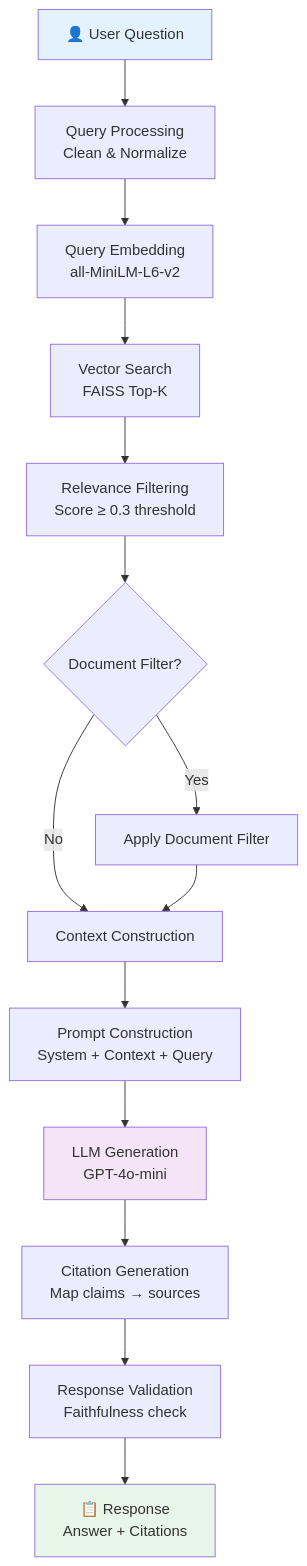
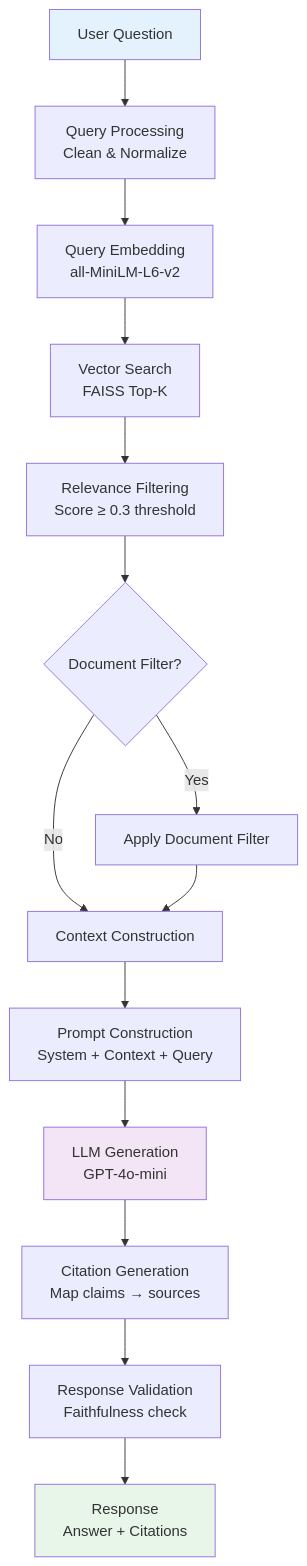
One commit to Samar-365/Financial-Document-Intelligence-RAG-Analytics-Platform changed the third of 7 diagrams in docs/SYSTEM_DESIGN.md. Above: the diagram before and after it, drawn with Mermaid. The commit also changed other lines of this file and 19 other files, not shown here.

````diff
--- a/docs/SYSTEM_DESIGN.md
+++ b/docs/SYSTEM_DESIGN.md
@@ -260,20 +260,20 @@
 ```mermaid
 flowchart TD
-    UQ[👤 User Question] --> QP[Query Processing<br/>Clean & Normalize]
+    UQ[ User Question] --> QP[Query Processing<br/>Clean & Normalize]
     QP --> QE[Query Embedding<br/>all-MiniLM-L6-v2]
     QE --> VS[Vector Search<br/>FAISS Top-K]
     VS --> RF[Relevance Filtering<br/>Score ≥ 0.3 threshold]
     RF --> DF{Document Filter?}
     DF -->|Yes| FIL[Apply Document Filter]
     DF -->|No| CC[Context Construction]
     FIL --> CC
     CC --> PC[Prompt Construction<br/>System + Context + Query]
     PC --> LLM[LLM Generation<br/>GPT-4o-mini]
     LLM --> CG[Citation Generation<br/>Map claims → sources]
     CG --> RV[Response Validation<br/>Faithfulness check]
-    RV --> R[📋 Response<br/>Answer + Citations]
+    RV --> R[ Response<br/>Answer + Citations]
 
     style UQ fill:#e3f2fd
     style R fill:#e8f5e9
     style LLM fill:#f3e5f5
 ```
````
